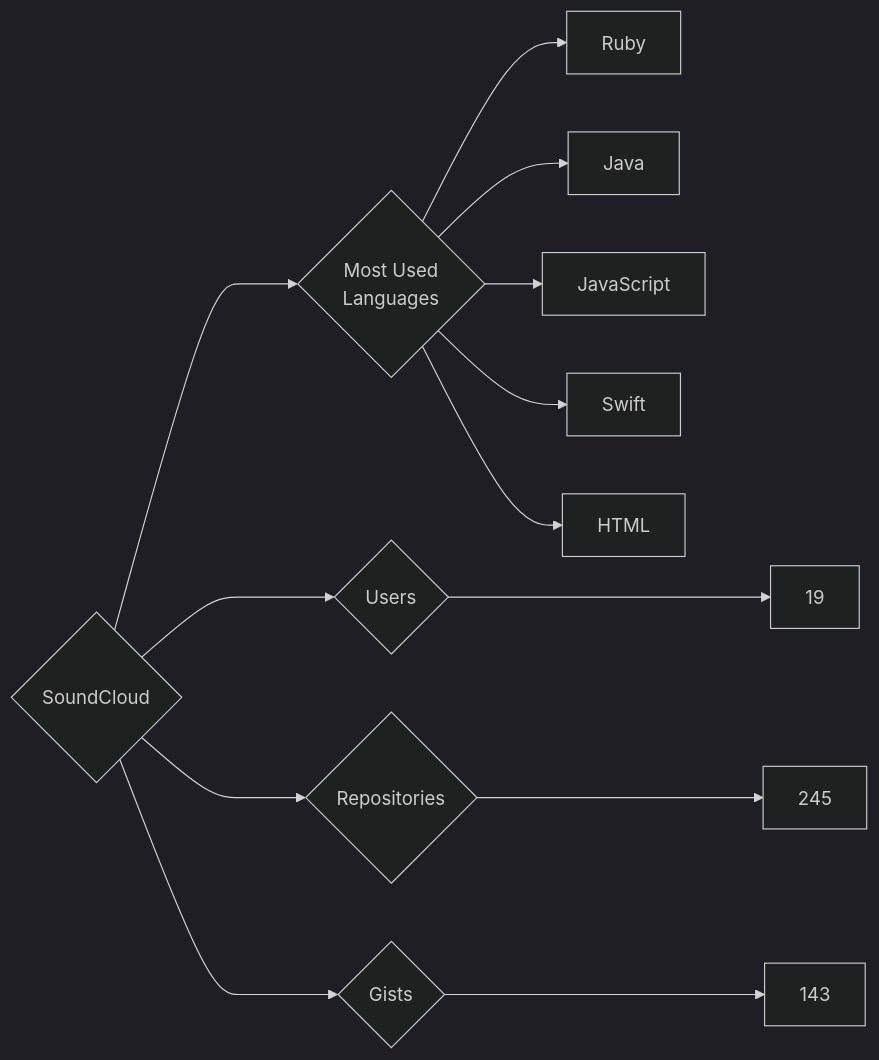
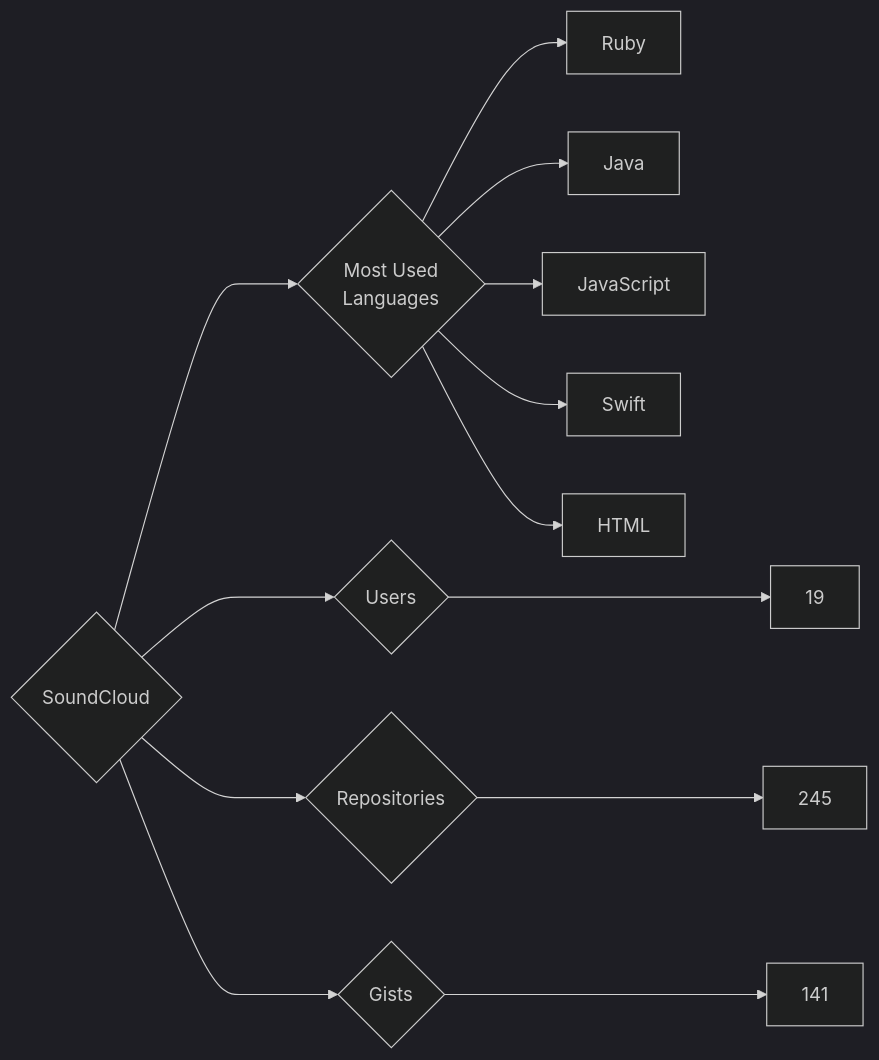
Before and after one commit to trickest/insiders: the diagram in targets/SoundCloud/README.md, drawn with Mermaid (dark theme). The commit also changed 953 other files, not shown here.

````diff
--- a/targets/SoundCloud/README.md
+++ b/targets/SoundCloud/README.md
@@ -3,13 +3,13 @@
 ```mermaid
 graph LR
 COMPANY_NAME{SoundCloud}
 COMPANY_NAME ---> U{Users} ---> UN[19]
 COMPANY_NAME ---> R{Repositories} ---> RN[245]
-COMPANY_NAME ---> G{Gists} ---> GN[143]
+COMPANY_NAME ---> G{Gists} ---> GN[141]
 COMPANY_NAME ---> ML{Most Used<br>Languages}
 ML --> Ruby[Ruby]
 ML --> Java[Java]
 ML --> JavaScript[JavaScript]
 ML --> Swift[Swift]
 ML --> HTML[HTML]
 ```
````
